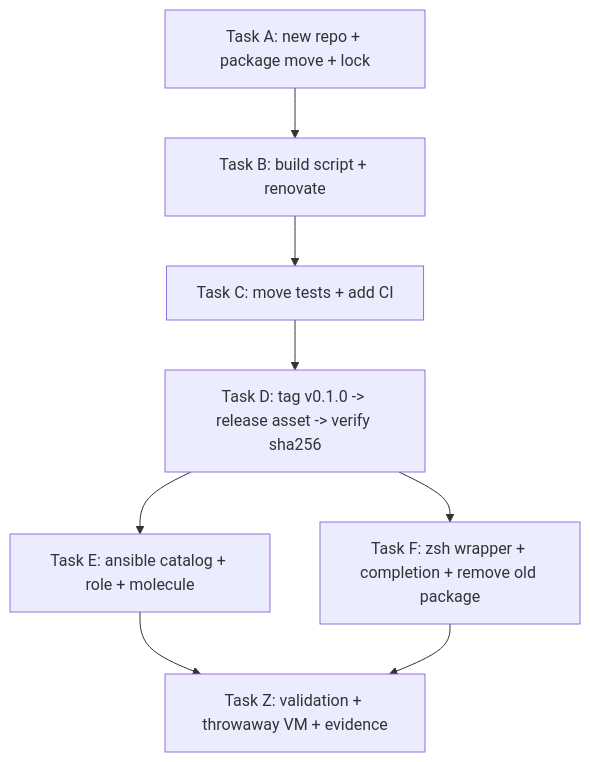
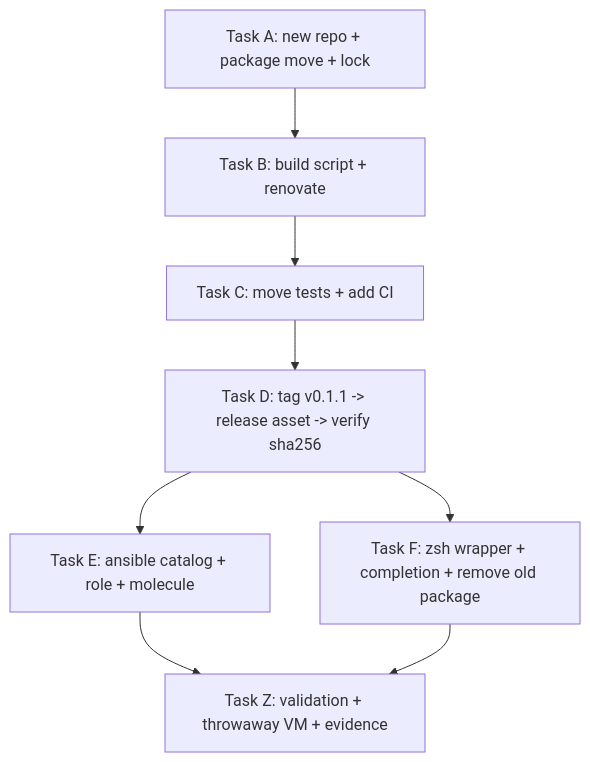
One commit to CupricReki/zsh changed the diagram in docs/plans/2026-11-04-extract-packaging.plan.md. Above: the diagram before and after it, drawn with Mermaid. The commit also changed other lines of this file and 118 other files, not shown here.

````diff
--- a/docs/plans/2026-11-04-extract-packaging.plan.md
+++ b/docs/plans/2026-11-04-extract-packaging.plan.md
@@ -111,10 +111,10 @@
 ```mermaid
 flowchart TD
   A[Task A: new repo + package move + lock] --> B[Task B: build script + renovate]
   B --> C[Task C: move tests + add CI]
-  C --> D[Task D: tag v0.1.0 -> release asset -> verify sha256]
+  C --> D[Task D: tag v0.1.1 -> release asset -> verify sha256]
   D --> E[Task E: ansible catalog + role + molecule]
   D --> F[Task F: zsh wrapper + completion + remove old package]
   E --> Z[Task Z: validation + throwaway VM + evidence]
   F --> Z
 ```
````
